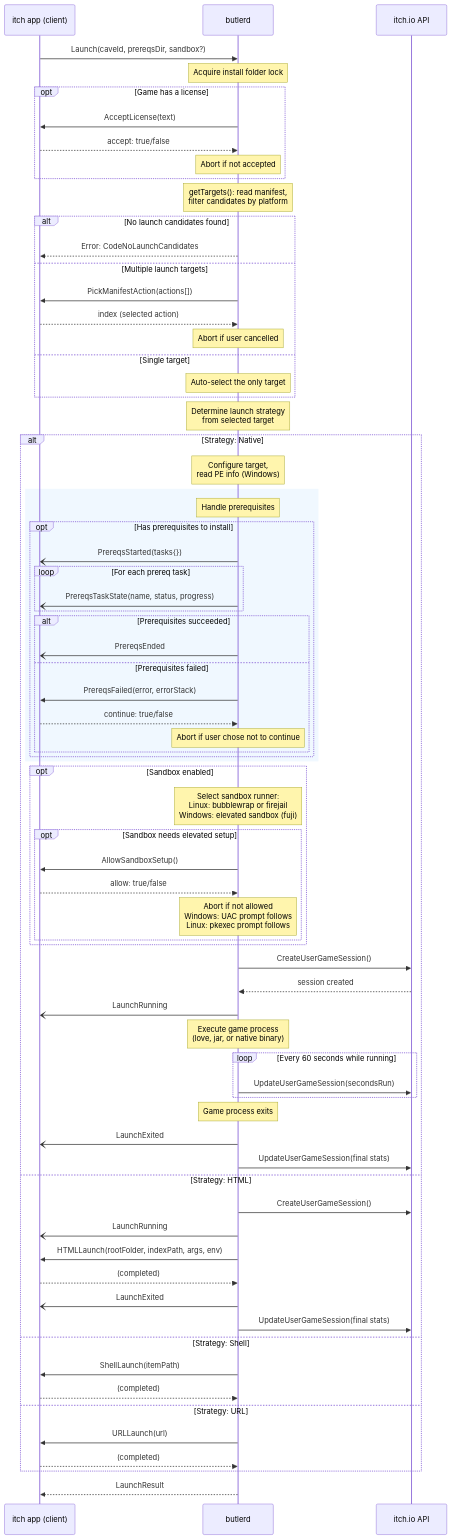
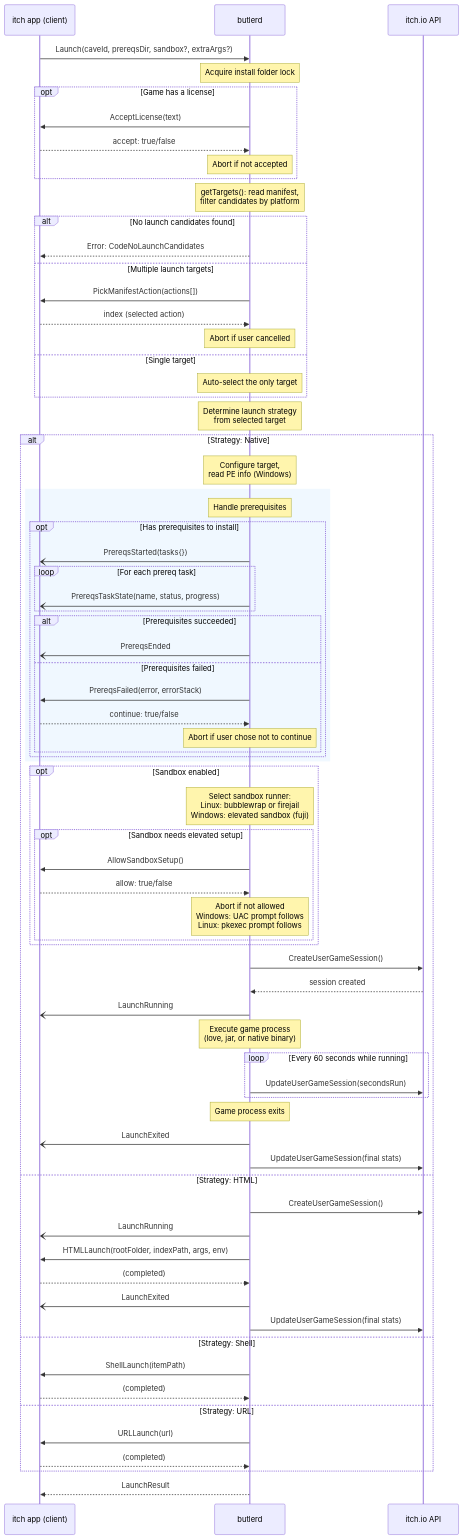
The diagram in docs/diagrams/launch.md (itchio/butler), drawn with Mermaid before and after one commit. The commit also changed other lines of this file and 13 other files, not shown here.

Commit message:
add CaveSettings and Caves.GetSettings and Caves.SetSettings and Launch extraArgs #299

```diff
--- a/docs/diagrams/launch.md
+++ b/docs/diagrams/launch.md
@@ -15,7 +15,7 @@
     participant Butlerd as butlerd
     participant API as itch.io API
 
-    Client->>Butlerd: Launch(caveId, prereqsDir, sandbox?)
+    Client->>Butlerd: Launch(caveId, prereqsDir, sandbox?, extraArgs?)
 
     Note over Butlerd: Acquire install folder lock
 
```
